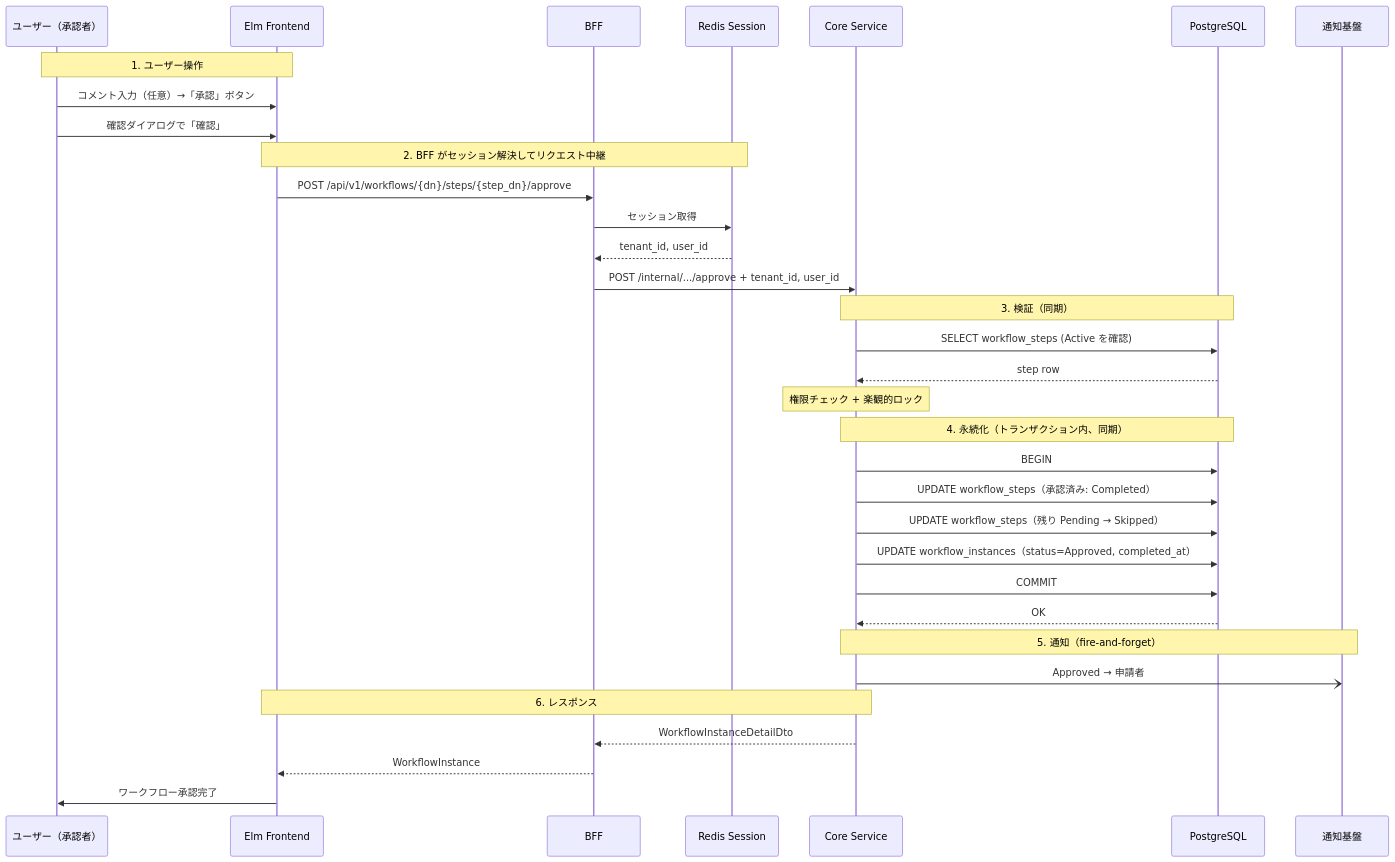
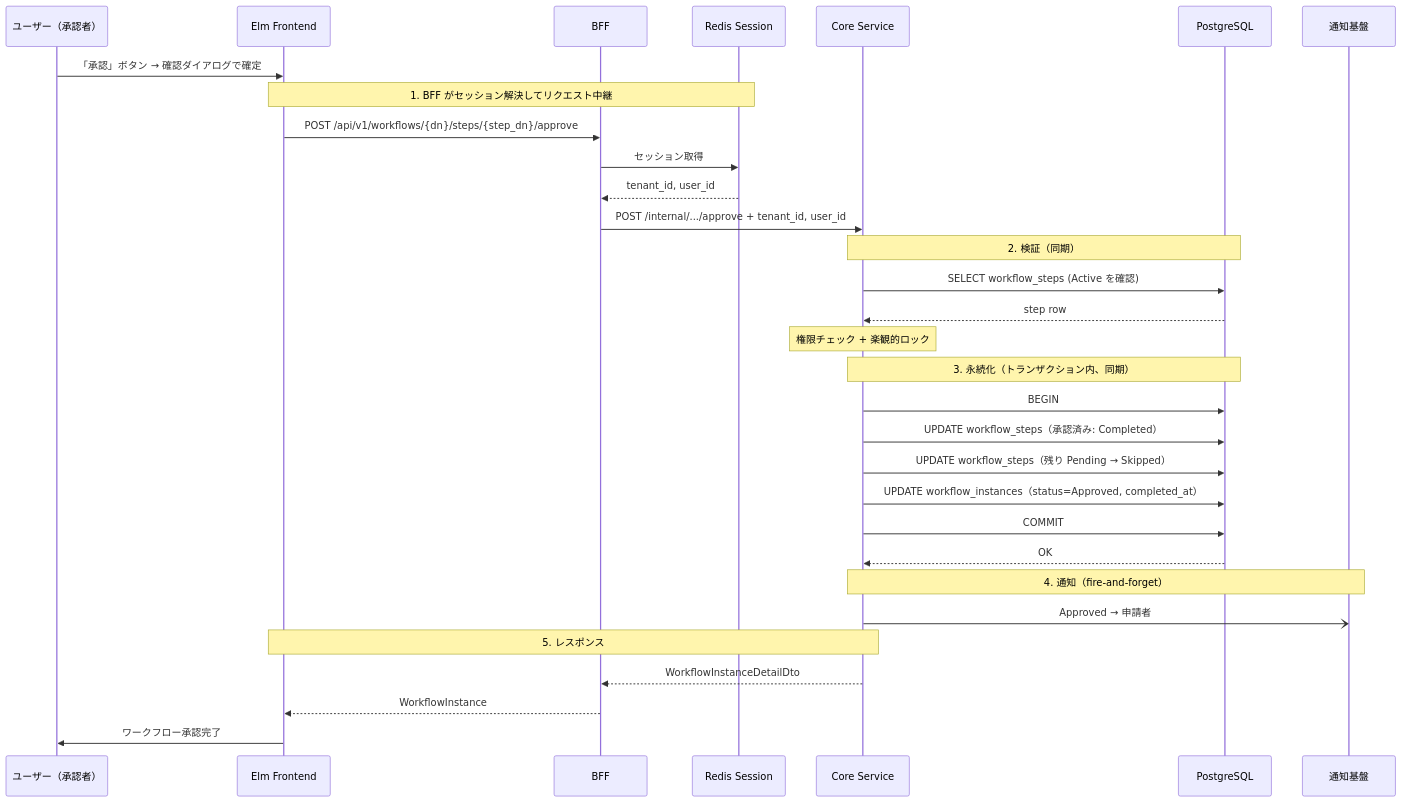
The second of 6 diagrams in docs/90_実装解説/ワークフロー/02_承認・却下フロー.md (ka2kama/ringiflow), drawn with Mermaid before and after one commit. The commit also changed other lines of this file and 1 other file, not shown here.

````diff
--- a/docs/90_実装解説/ワークフロー/02_承認・却下フロー.md
+++ b/docs/90_実装解説/ワークフロー/02_承認・却下フロー.md
@@ -62,41 +60,39 @@
 ```mermaid
 sequenceDiagram
     participant U as ユーザー（承認者）
     participant Elm as Elm Frontend
     participant BFF as BFF
     participant Redis as Redis Session
     participant Core as Core Service
     participant DB as PostgreSQL
     participant Notify as 通知基盤
 
-    Note over U, Elm: 1. ユーザー操作
-    U->>Elm: コメント入力（任意）→「承認」ボタン
-    U->>Elm: 確認ダイアログで「確認」
+    U->>Elm: 「承認」ボタン → 確認ダイアログで確定
 
-    Note over Elm, Redis: 2. BFF がセッション解決してリクエスト中継
+    Note over Elm, Redis: 1. BFF がセッション解決してリクエスト中継
     Elm->>BFF: POST /api/v1/workflows/{dn}/steps/{step_dn}/approve
     BFF->>Redis: セッション取得
     Redis-->>BFF: tenant_id, user_id
     BFF->>Core: POST /internal/.../approve + tenant_id, user_id
 
-    Note over Core, DB: 3. 検証（同期）
+    Note over Core, DB: 2. 検証（同期）
     Core->>DB: SELECT workflow_steps (Active を確認)
     DB-->>Core: step row
     Note over Core: 権限チェック + 楽観的ロック
 
-    Note over Core, DB: 4. 永続化（トランザクション内、同期）
+    Note over Core, DB: 3. 永続化（トランザクション内、同期）
     Core->>DB: BEGIN
     Core->>DB: UPDATE workflow_steps（承認済み: Completed）
     Core->>DB: UPDATE workflow_steps（残り Pending → Skipped）
     Core->>DB: UPDATE workflow_instances（status=Approved, completed_at）
     Core->>DB: COMMIT
     DB-->>Core: OK
 
-    Note over Core, Notify: 5. 通知（fire-and-forget）
+    Note over Core, Notify: 4. 通知（fire-and-forget）
     Core-)Notify: Approved → 申請者
 
-    Note over Core, Elm: 6. レスポンス
+    Note over Core, Elm: 5. レスポンス
     Core-->>BFF: WorkflowInstanceDetailDto
     BFF-->>Elm: WorkflowInstance
     Elm->>U: ワークフロー承認完了
 ```
````
